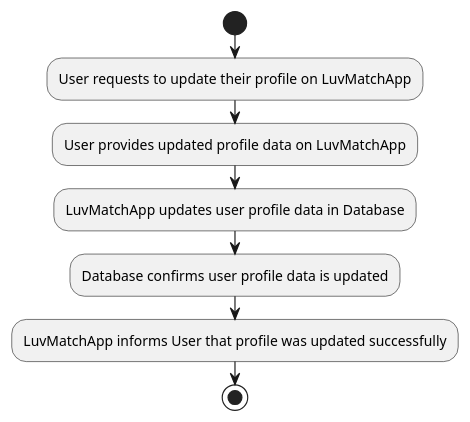
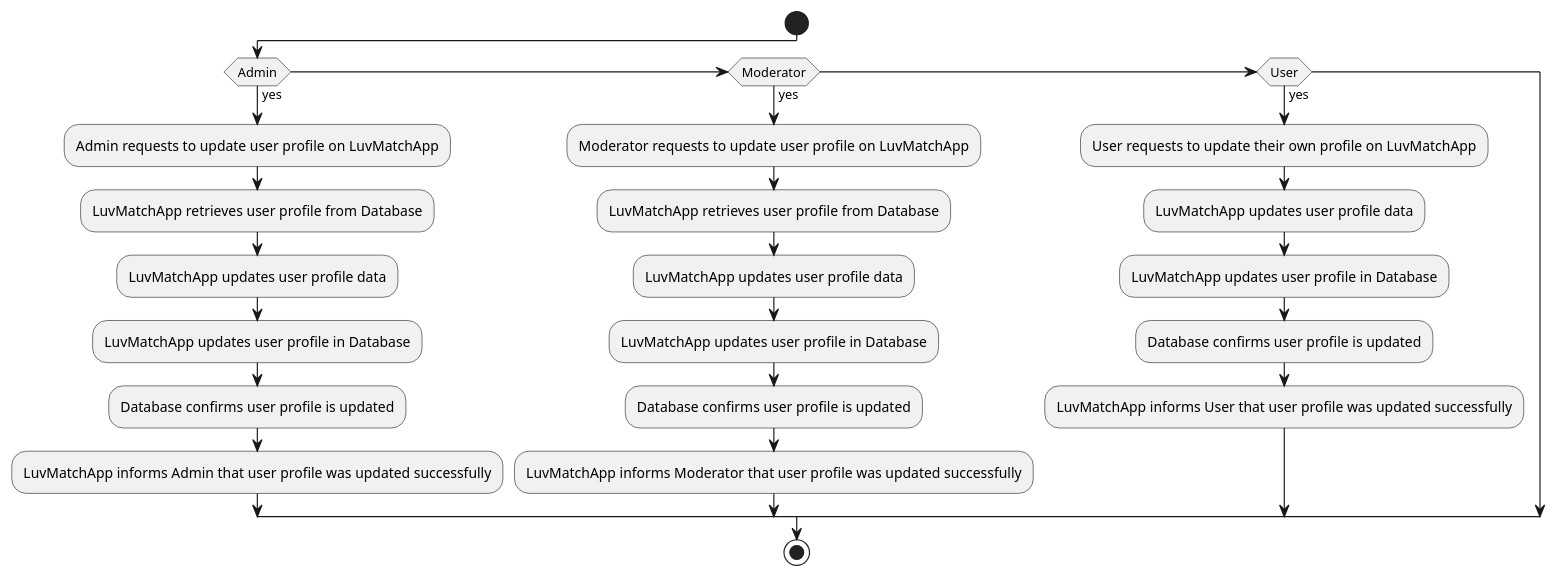
One commit to dkdeptrai/SE357-Practice_Class changed the diagram in Lab1/Lab1.2/activity_diagram/update_profile/update_profile.puml. Above: the diagram before and after it, drawn with PlantUML. The commit also changed 1 other file, not shown here.

Commit message:
fixed update profile acitivity diagram

```diff
--- a/Lab1/Lab1.2/activity_diagram/update_profile/update_profile.puml
+++ b/Lab1/Lab1.2/activity_diagram/update_profile/update_profile.puml
@@ -1,17 +1,29 @@
 @startuml
 
 start
 
-:User requests to update their profile on LuvMatchApp;
-
-:User provides updated profile data on LuvMatchApp;
-
-:LuvMatchApp updates user profile data in Database;
-
-:Database confirms user profile data is updated;
-
-:LuvMatchApp informs User that profile was updated successfully;
+if (Admin) then (yes)
+   :Admin requests to update user profile on LuvMatchApp;
+   :LuvMatchApp retrieves user profile from Database;
+   :LuvMatchApp updates user profile data;
+   :LuvMatchApp updates user profile in Database;
+   :Database confirms user profile is updated;
+   :LuvMatchApp informs Admin that user profile was updated successfully;
+else if (Moderator) then (yes)
+   :Moderator requests to update user profile on LuvMatchApp;
+   :LuvMatchApp retrieves user profile from Database;
+   :LuvMatchApp updates user profile data;
+   :LuvMatchApp updates user profile in Database;
+   :Database confirms user profile is updated;
+   :LuvMatchApp informs Moderator that user profile was updated successfully;
+else if (User) then (yes)
+   :User requests to update their own profile on LuvMatchApp;
+   :LuvMatchApp updates user profile data;
+   :LuvMatchApp updates user profile in Database;
+   :Database confirms user profile is updated;
+   :LuvMatchApp informs User that user profile was updated successfully;
+endif
 
 stop
 
 @enduml
```
